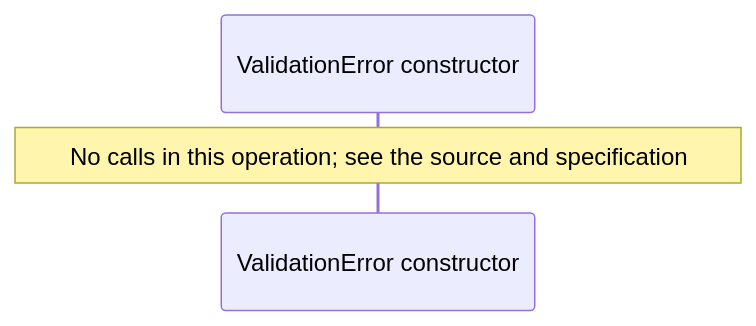
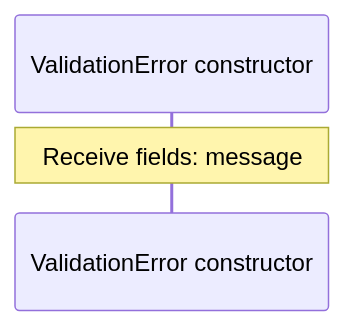
One commit to GreenPandaStudios/augscript changed the third of 6 diagrams in docs/examples/interceptors/interceptors-diagrams.md. Above: the diagram before and after it, drawn with Mermaid. The commit also changed other lines of this file and 289 other files, not shown here.

Commit message:
Correct diagram control flow and complete generated wiki navigation

````diff
--- a/docs/examples/interceptors/interceptors-diagrams.md
+++ b/docs/examples/interceptors/interceptors-diagrams.md
@@ -55,6 +55,6 @@
 ```mermaid
 sequenceDiagram
     participant p0 as ValidationError constructor
 
-    Note over p0: No calls in this operation#59; see the source and specification
+    Note over p0: Receive fields: message
 ```
````
